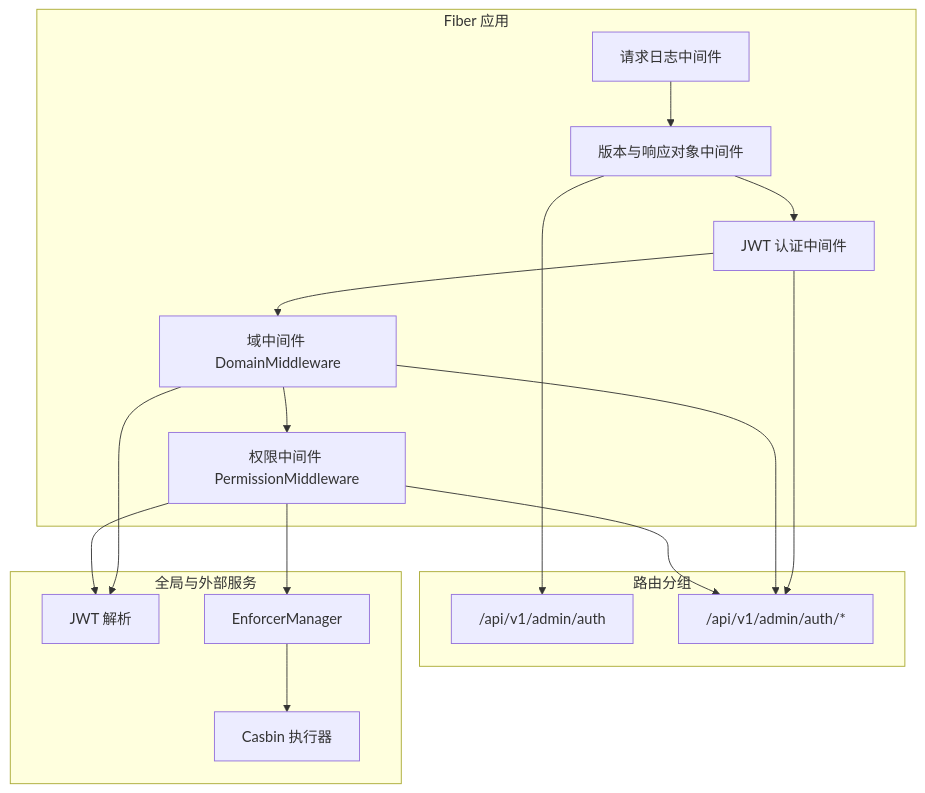
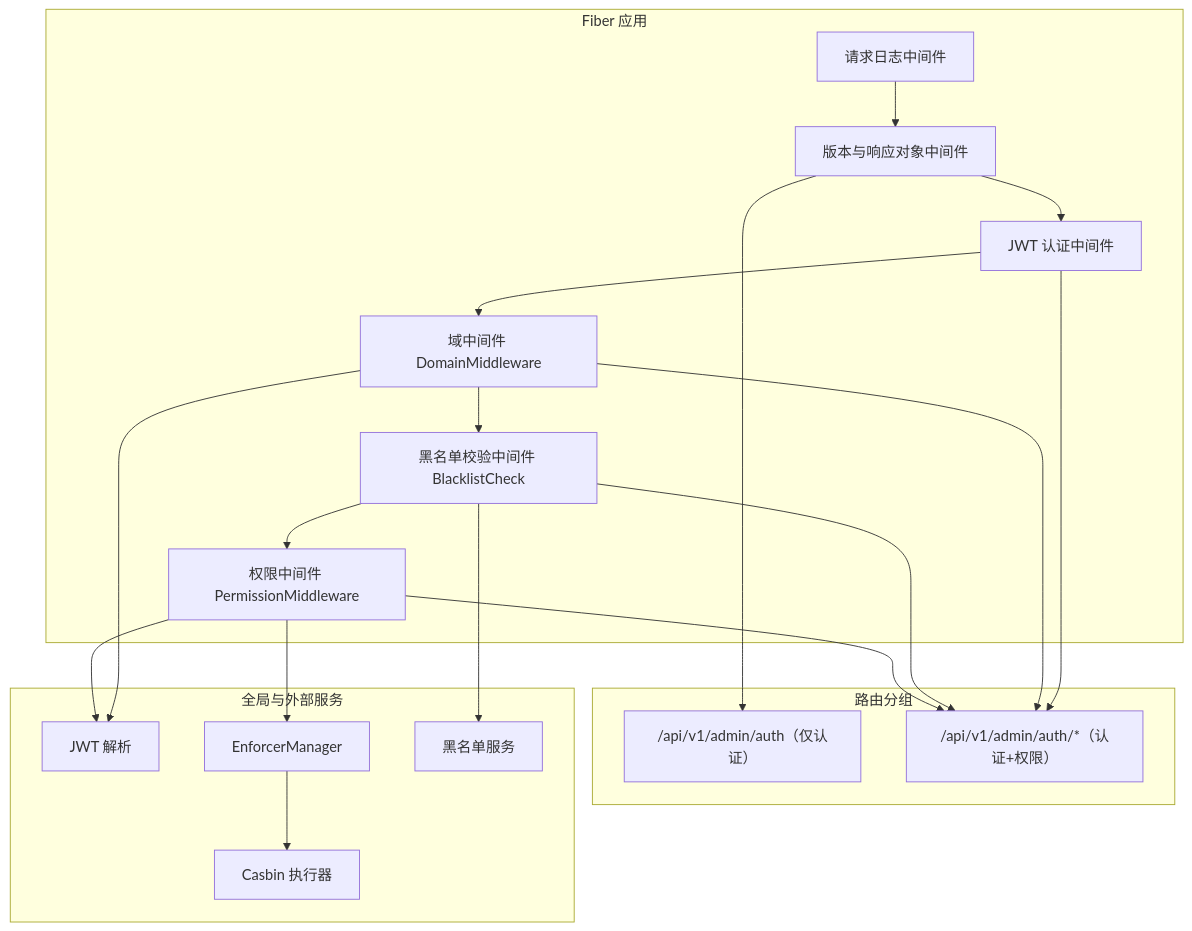
Before and after one commit to wuwuseo/e-sports-go-admin: the second of 7 diagrams in .qoder/repowiki/zh/content/中间件系统/中间件架构设计.md, drawn with Mermaid. The commit also changed other lines of this file and 42 other files, not shown here.

````diff
--- a/.qoder/repowiki/zh/content/中间件系统/中间件架构设计.md
+++ b/.qoder/repowiki/zh/content/中间件系统/中间件架构设计.md
@@ -122,27 +131,31 @@
 ```mermaid
 graph TB
 subgraph "Fiber 应用"
 MW1["请求日志中间件"]
 MW2["版本与响应对象中间件"]
 MW3["JWT 认证中间件"]
 MW4["域中间件 DomainMiddleware"]
-MW5["权限中间件 PermissionMiddleware"]
+MW5["黑名单校验中间件 BlacklistCheck"]
+MW6["权限中间件 PermissionMiddleware"]
 end
 subgraph "路由分组"
-G1["/api/v1/admin/auth"]
-G2["/api/v1/admin/auth/*"]
+G1["/api/v1/admin/auth（仅认证）"]
+G2["/api/v1/admin/auth/*（认证+权限）"]
 end
 subgraph "全局与外部服务"
 JWT["JWT 解析"]
 EM["EnforcerManager"]
 EN["Casbin 执行器"]
+BS["黑名单服务"]
 end
-MW1 --> MW2 --> MW3 --> MW4 --> MW5
+MW1 --> MW2 --> MW3 --> MW4 --> MW5 --> MW6
 MW2 --> G1
 MW3 --> G2
 MW4 --> G2
 MW5 --> G2
+MW6 --> G2
 MW4 --> JWT
-MW5 --> JWT
-MW5 --> EM --> EN
+MW5 --> BS
+MW6 --> JWT
+MW6 --> EM --> EN
 ```
````
